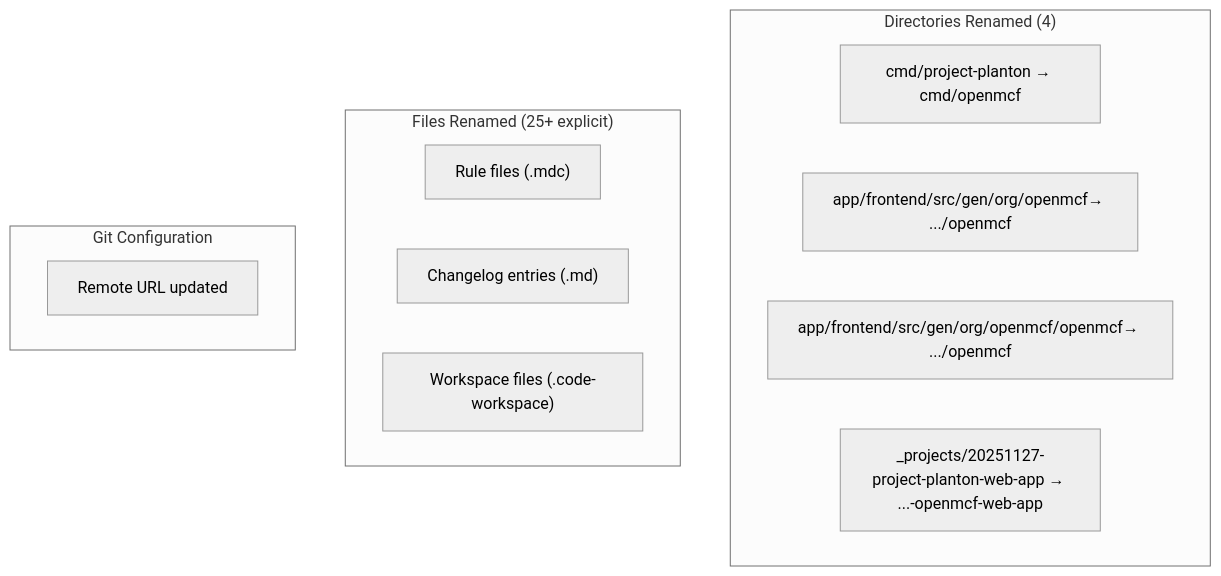
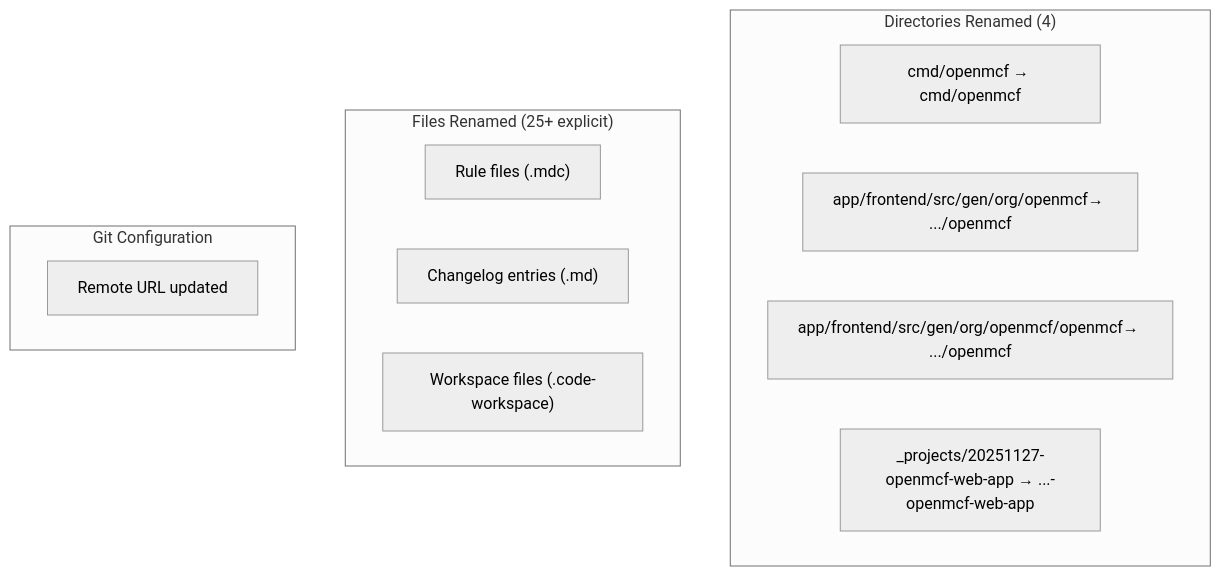
Before and after one commit to plantonhq/openmcf: the diagram in _changelog/2026-01/2026-01-28-093934-rename-project-to-openmcf.md, drawn with Mermaid (neutral theme). The commit also changed other lines of this file and 10 other files, not shown here.

````diff
--- a/_changelog/2026-01/2026-01-28-093934-rename-project-to-openmcf.md
+++ b/_changelog/2026-01/2026-01-28-093934-rename-project-to-openmcf.md
@@ -40,19 +40,19 @@
 ```mermaid
 flowchart TB
     subgraph Directories["Directories Renamed (4)"]
-        D1["cmd/project-planton → cmd/openmcf"]
+        D1["cmd/openmcf → cmd/openmcf"]
         D2["app/frontend/src/gen/org/openmcf→ .../openmcf"]
         D3["app/frontend/src/gen/org/openmcf/openmcf→ .../openmcf"]
-        D4["_projects/20251127-project-planton-web-app → ...-openmcf-web-app"]
+        D4["_projects/20251127-openmcf-web-app → ...-openmcf-web-app"]
     end
     
     subgraph Files["Files Renamed (25+ explicit)"]
         F1["Rule files (.mdc)"]
         F2["Changelog entries (.md)"]
         F3["Workspace files (.code-workspace)"]
     end
     
     subgraph Git["Git Configuration"]
         G1["Remote URL updated"]
     end
 ```
````
